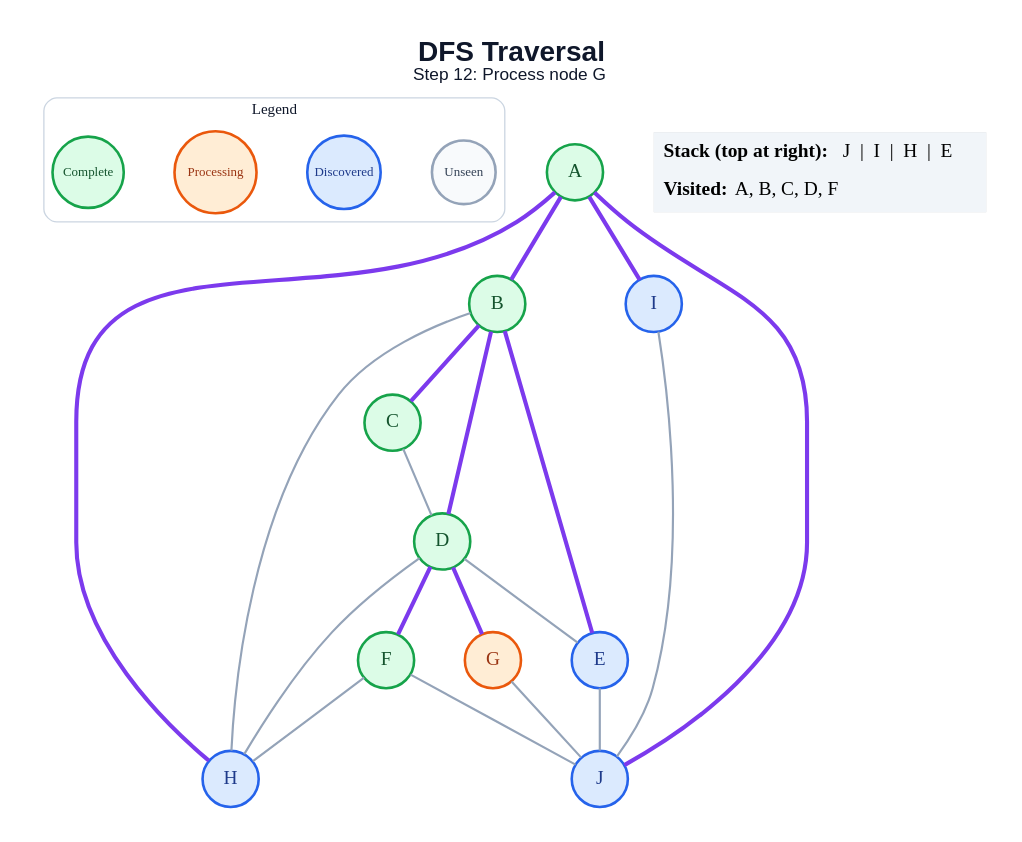
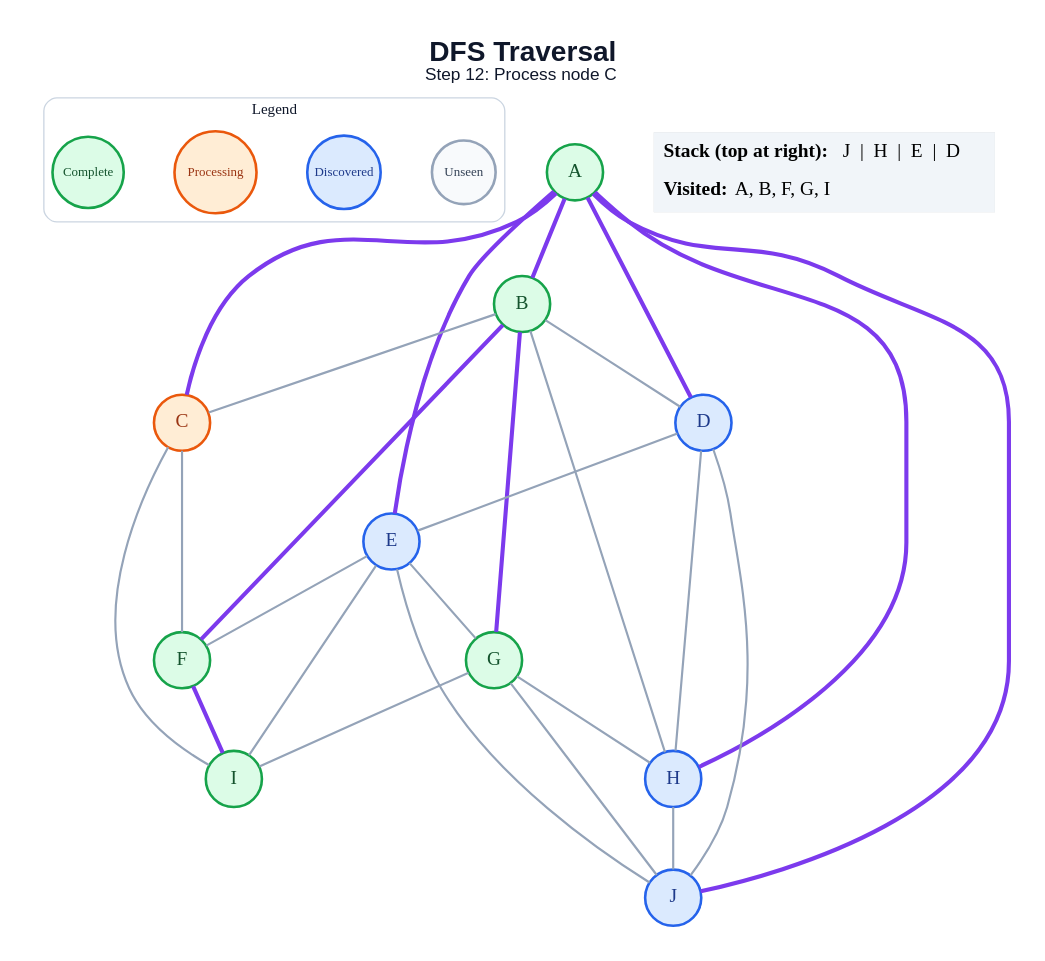
Before and after one commit to anon7238593-create/ai-slop: the diagram in generated/dfs/step_12.dot, drawn with Graphviz. The commit also changed 178 other files, not shown here.

```diff
--- a/generated/dfs/step_12.dot
+++ b/generated/dfs/step_12.dot
@@ -1,47 +1,54 @@
 graph traversal {
   graph [layout=dot, rankdir=TB, bgcolor="#FFFFFF", pad="0.35", nodesep="0.65", ranksep="0.8", fontname="Arial"];
   node [shape=circle, style="filled", fontname="Arial Bold", fontsize=18, width=0.72, fixedsize=true, penwidth=2.4];
   edge [color="#94A3B8", penwidth=2.0];
-  label=<<B>DFS Traversal</B><BR/><FONT POINT-SIZE="16">Step 12: Process node G</FONT>>; labelloc="t"; fontsize=26; fontname="Arial"; fontcolor="#0F172A";
+  label=<<B>DFS Traversal</B><BR/><FONT POINT-SIZE="16">Step 12: Process node C</FONT>>; labelloc="t"; fontsize=26; fontname="Arial"; fontcolor="#0F172A";
   subgraph cluster_legend { label="Legend"; color="#CBD5E1"; penwidth=1.2; style="rounded"; fontsize=14; fontname="Arial Bold";
     key_unseen [label="Unseen", fillcolor="#F8FAFC", color="#94A3B8", fontcolor="#334155", fontsize=12, width=0.82];
     key_frontier [label="Discovered", fillcolor="#DBEAFE", color="#2563EB", fontcolor="#1E3A8A", fontsize=12, width=0.95];
     key_current [label="Processing", fillcolor="#FFEDD5", color="#EA580C", fontcolor="#9A3412", fontsize=12, width=1.05];
     key_done [label="Complete", fillcolor="#DCFCE7", color="#16A34A", fontcolor="#14532D", fontsize=12, width=0.92];
     { rank=same; key_unseen; key_frontier; key_current; key_done; }
   }
   A [fillcolor="#DCFCE7", color="#16A34A", fontcolor="#14532D"];
   B [fillcolor="#DCFCE7", color="#16A34A", fontcolor="#14532D"];
-  C [fillcolor="#DCFCE7", color="#16A34A", fontcolor="#14532D"];
-  D [fillcolor="#DCFCE7", color="#16A34A", fontcolor="#14532D"];
+  C [fillcolor="#FFEDD5", color="#EA580C", fontcolor="#9A3412"];
+  D [fillcolor="#DBEAFE", color="#2563EB", fontcolor="#1E3A8A"];
   E [fillcolor="#DBEAFE", color="#2563EB", fontcolor="#1E3A8A"];
   F [fillcolor="#DCFCE7", color="#16A34A", fontcolor="#14532D"];
-  G [fillcolor="#FFEDD5", color="#EA580C", fontcolor="#9A3412"];
+  G [fillcolor="#DCFCE7", color="#16A34A", fontcolor="#14532D"];
   H [fillcolor="#DBEAFE", color="#2563EB", fontcolor="#1E3A8A"];
-  I [fillcolor="#DBEAFE", color="#2563EB", fontcolor="#1E3A8A"];
+  I [fillcolor="#DCFCE7", color="#16A34A", fontcolor="#14532D"];
   J [fillcolor="#DBEAFE", color="#2563EB", fontcolor="#1E3A8A"];
   A -- B [color="#7C3AED", penwidth=3.8];
+  A -- C [color="#7C3AED", penwidth=3.8];
+  A -- D [color="#7C3AED", penwidth=3.8];
+  A -- E [color="#7C3AED", penwidth=3.8];
   A -- H [color="#7C3AED", penwidth=3.8];
-  A -- I [color="#7C3AED", penwidth=3.8];
   A -- J [color="#7C3AED", penwidth=3.8];
-  B -- C [color="#7C3AED", penwidth=3.8];
-  B -- D [color="#7C3AED", penwidth=3.8];
-  B -- E [color="#7C3AED", penwidth=3.8];
+  B -- C;
+  B -- D;
+  B -- F [color="#7C3AED", penwidth=3.8];
+  B -- G [color="#7C3AED", penwidth=3.8];
   B -- H;
-  C -- D;
+  C -- F;
+  C -- I;
   D -- E;
-  D -- F [color="#7C3AED", penwidth=3.8];
-  D -- G [color="#7C3AED", penwidth=3.8];
   D -- H;
+  D -- J;
+  E -- F;
+  E -- G;
+  E -- I;
   E -- J;
-  F -- H;
-  F -- J;
+  F -- I [color="#7C3AED", penwidth=3.8];
+  G -- H;
+  G -- I;
   G -- J;
-  I -- J;
+  H -- J;
   status [shape=plain, fixedsize=false, width=0, height=0, margin=0, label=<
     <TABLE BORDER="0" CELLBORDER="0" CELLPADDING="7" BGCOLOR="#F1F5F9">
-      <TR><TD ALIGN="LEFT"><B>Stack (top at right):</B> J  |  I  |  H  |  E</TD></TR>
-      <TR><TD ALIGN="LEFT"><B>Visited:</B> A, B, C, D, F</TD></TR>
+      <TR><TD ALIGN="LEFT"><B>Stack (top at right):</B> J  |  H  |  E  |  D</TD></TR>
+      <TR><TD ALIGN="LEFT"><B>Visited:</B> A, B, F, G, I</TD></TR>
     </TABLE>
   >];
 }
```
